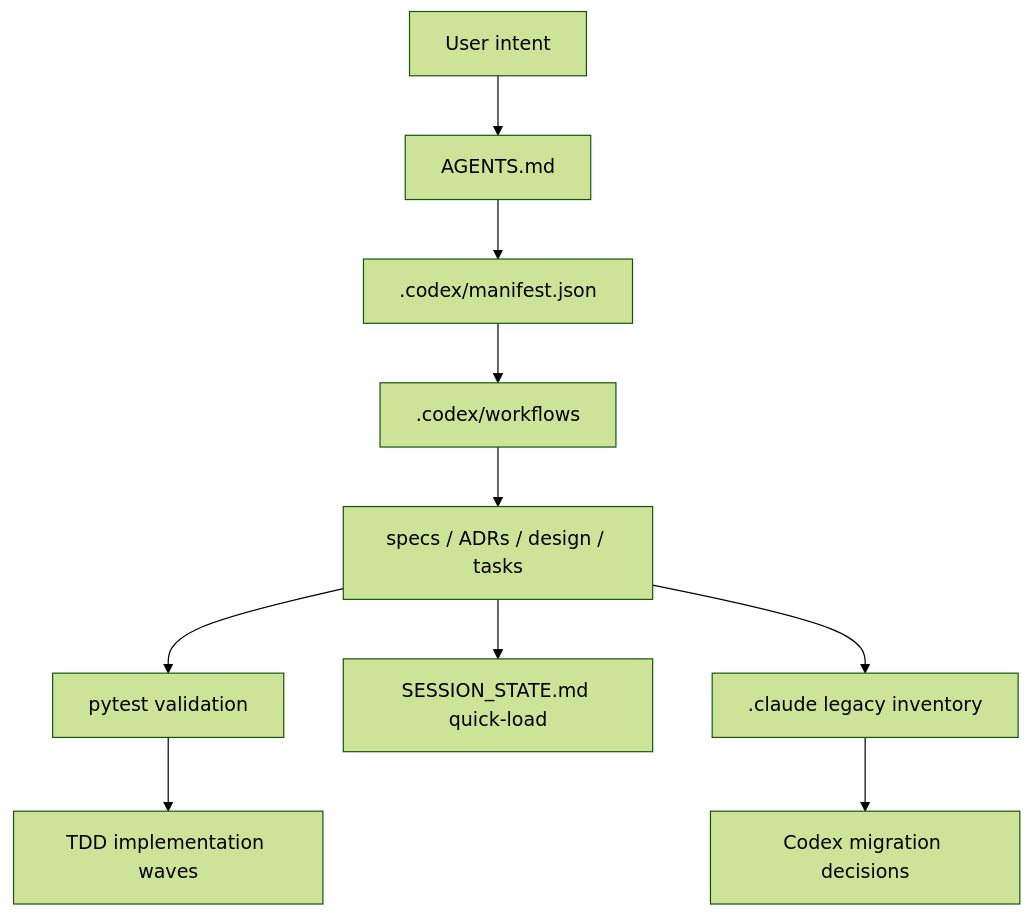
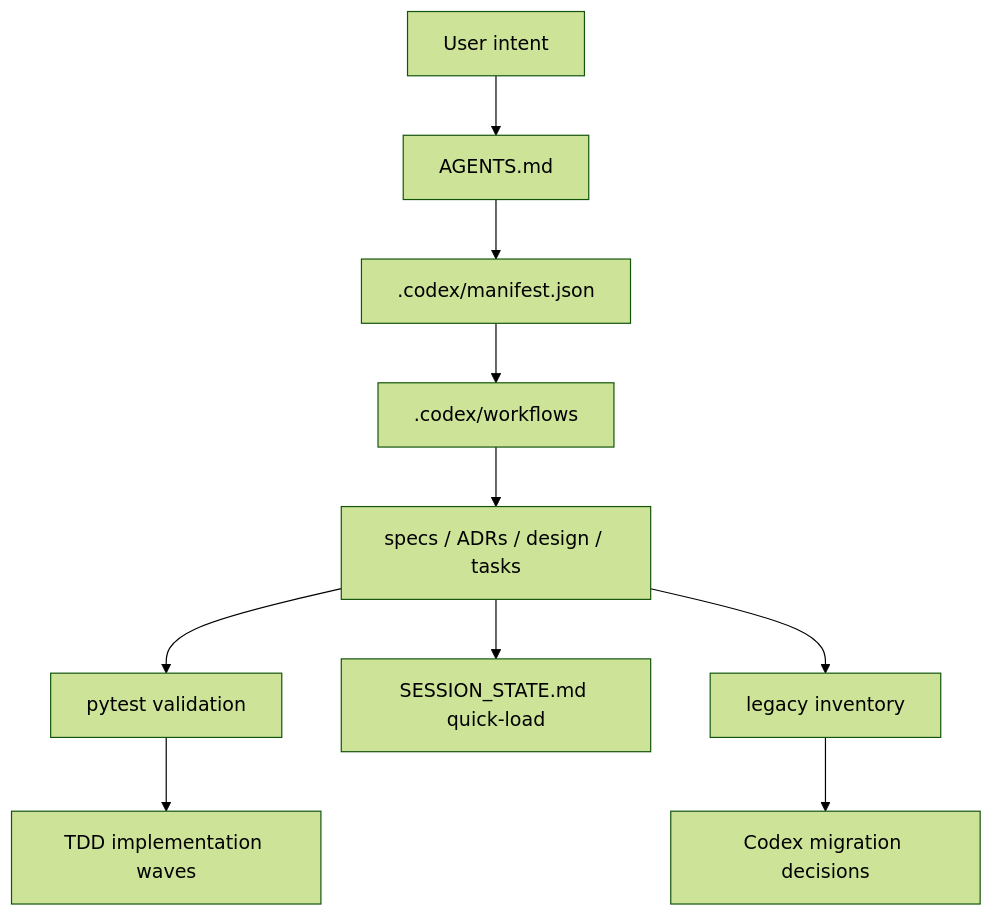
Before and after one commit to sougetuOte/codex-of-LAM: the diagram in docs/design/codex-lam-replacement-design.md, drawn with Mermaid (forest theme). The commit also changed other lines of this file and 18 other files, not shown here.

````diff
--- a/docs/design/codex-lam-replacement-design.md
+++ b/docs/design/codex-lam-replacement-design.md
@@ -10,12 +10,12 @@
 ```mermaid
 flowchart TD
     UserIntent["User intent"] --> Agents["AGENTS.md"]
     Agents --> Manifest[".codex/manifest.json"]
     Manifest --> Workflows[".codex/workflows"]
     Workflows --> Docs["specs / ADRs / design / tasks"]
     Docs --> Tests["pytest validation"]
     Docs --> SessionState["SESSION_STATE.md quick-load"]
-    Docs --> LegacyInventory[".claude legacy inventory"]
+    Docs --> LegacyInventory["legacy inventory"]
     Tests --> Build["TDD implementation waves"]
     LegacyInventory --> Migration["Codex migration decisions"]
 ```
````
